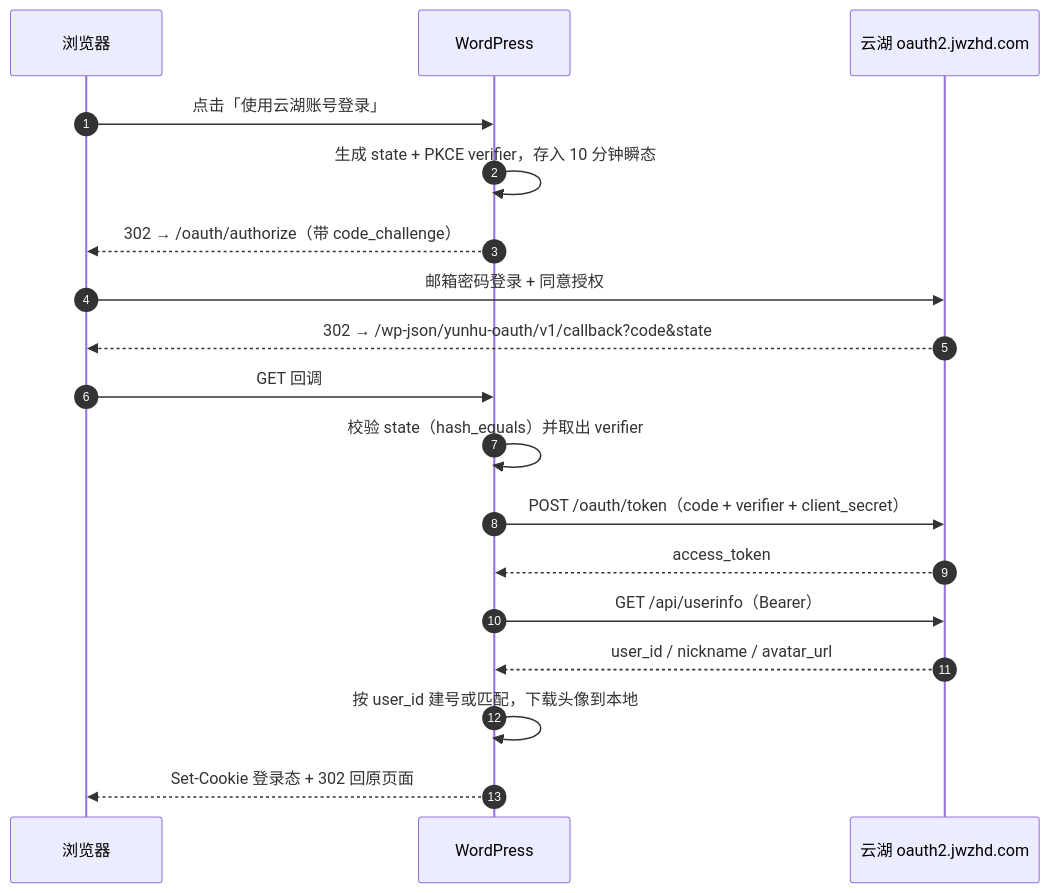
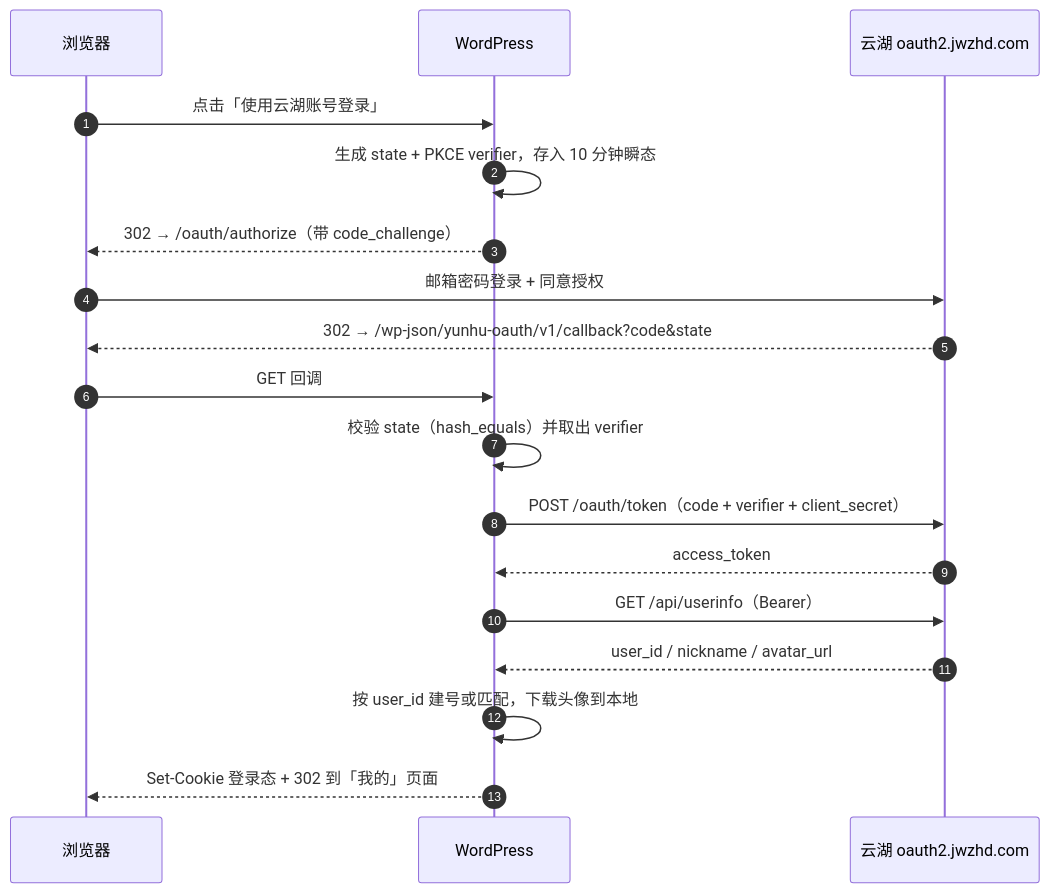
The diagram in README.md (liutexi/wp-yh-oauth), drawn with Mermaid before and after one commit. The commit also changed other lines of this file and 13 other files, not shown here.

````diff
--- a/README.md
+++ b/README.md
@@ -86,21 +90,21 @@
 ```mermaid
 sequenceDiagram
     autonumber
     participant U as 浏览器
     participant W as WordPress
     participant Y as 云湖 oauth2.jwzhd.com
 
     U->>W: 点击「使用云湖账号登录」
     W->>W: 生成 state + PKCE verifier，存入 10 分钟瞬态
     W-->>U: 302 → /oauth/authorize（带 code_challenge）
     U->>Y: 邮箱密码登录 + 同意授权
     Y-->>U: 302 → /wp-json/yunhu-oauth/v1/callback?code&state
     U->>W: GET 回调
     W->>W: 校验 state（hash_equals）并取出 verifier
     W->>Y: POST /oauth/token（code + verifier + client_secret）
     Y-->>W: access_token
     W->>Y: GET /api/userinfo（Bearer）
     Y-->>W: user_id / nickname / avatar_url
     W->>W: 按 user_id 建号或匹配，下载头像到本地
-    W-->>U: Set-Cookie 登录态 + 302 回原页面
+    W-->>U: Set-Cookie 登录态 + 302 到「我的」页面
 ```
````
